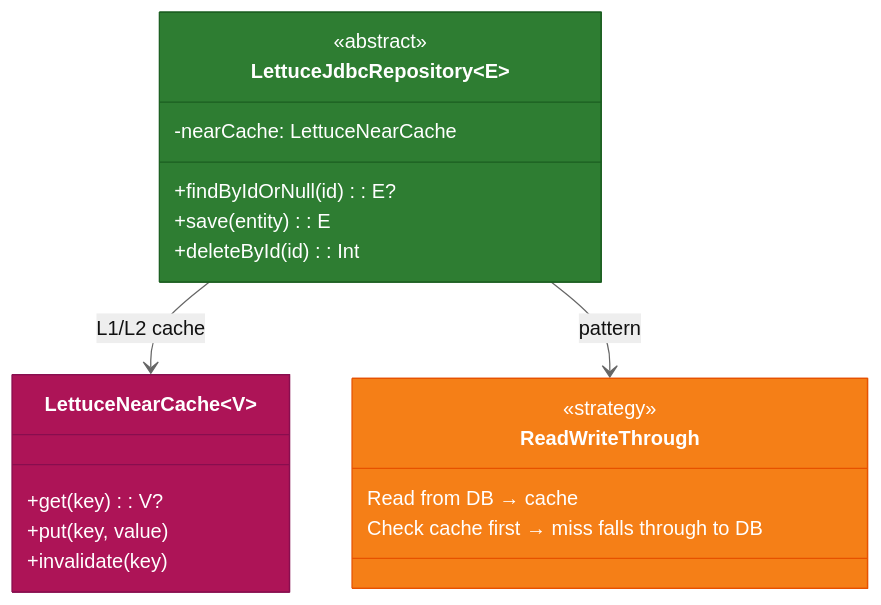
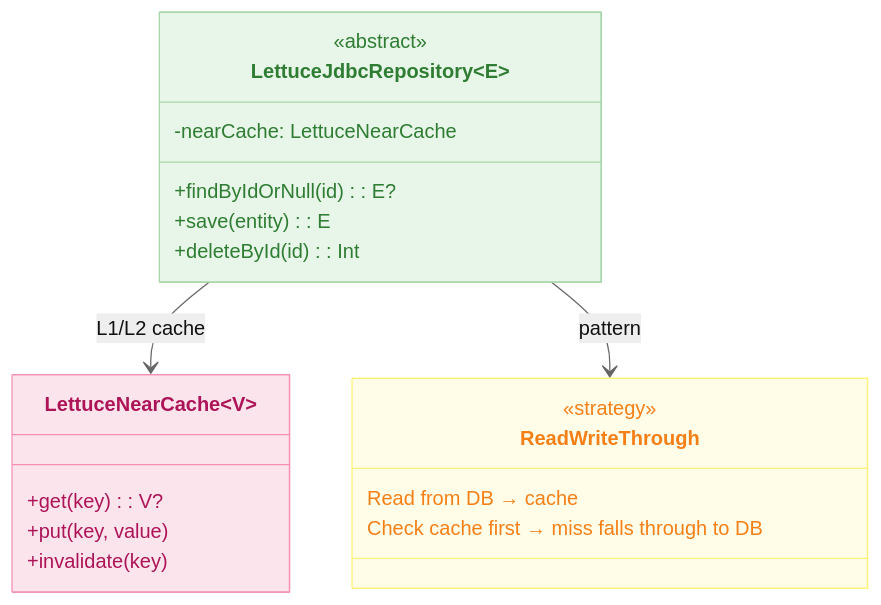
Before and after one commit to bluetape4k/bluetape4k-projects: the first of 2 diagrams in data/exposed-jdbc-lettuce/README.md, drawn with Mermaid (neutral theme). The commit also changed other lines of this file and 219 other files, not shown here.

First line of the commit message:
docs: 전체 README Mermaid 다이어그램 가이드 적용

````diff
--- a/data/exposed-jdbc-lettuce/README.md
+++ b/data/exposed-jdbc-lettuce/README.md
@@ -100,28 +100,28 @@
 ```mermaid
 classDiagram
     direction TB
     class LettuceJdbcRepository~E~ {
         <<abstract>>
         -nearCache: LettuceNearCache
         +findByIdOrNull(id): E?
         +save(entity): E
         +deleteById(id): Int
     }
     class LettuceNearCache~V~ {
         +get(key): V?
         +put(key, value)
         +invalidate(key)
     }
     class ReadWriteThrough {
         <<strategy>>
         Read from DB → cache
         Check cache first → miss falls through to DB
     }
 
     LettuceJdbcRepository --> LettuceNearCache : L1/L2 cache
     LettuceJdbcRepository --> ReadWriteThrough : pattern
 
-    style LettuceJdbcRepository fill:#2E7D32,stroke:#1B5E20,color:#FFFFFF
-    style LettuceNearCache fill:#AD1457,stroke:#880E4F,color:#FFFFFF
-    style ReadWriteThrough fill:#F57F17,stroke:#E65100,color:#FFFFFF
+    style LettuceJdbcRepository fill:#E8F5E9,stroke:#A5D6A7,color:#2E7D32
+    style LettuceNearCache fill:#FCE4EC,stroke:#F48FB1,color:#AD1457
+    style ReadWriteThrough fill:#FFFDE7,stroke:#FFF176,color:#F57F17
 ```
````
